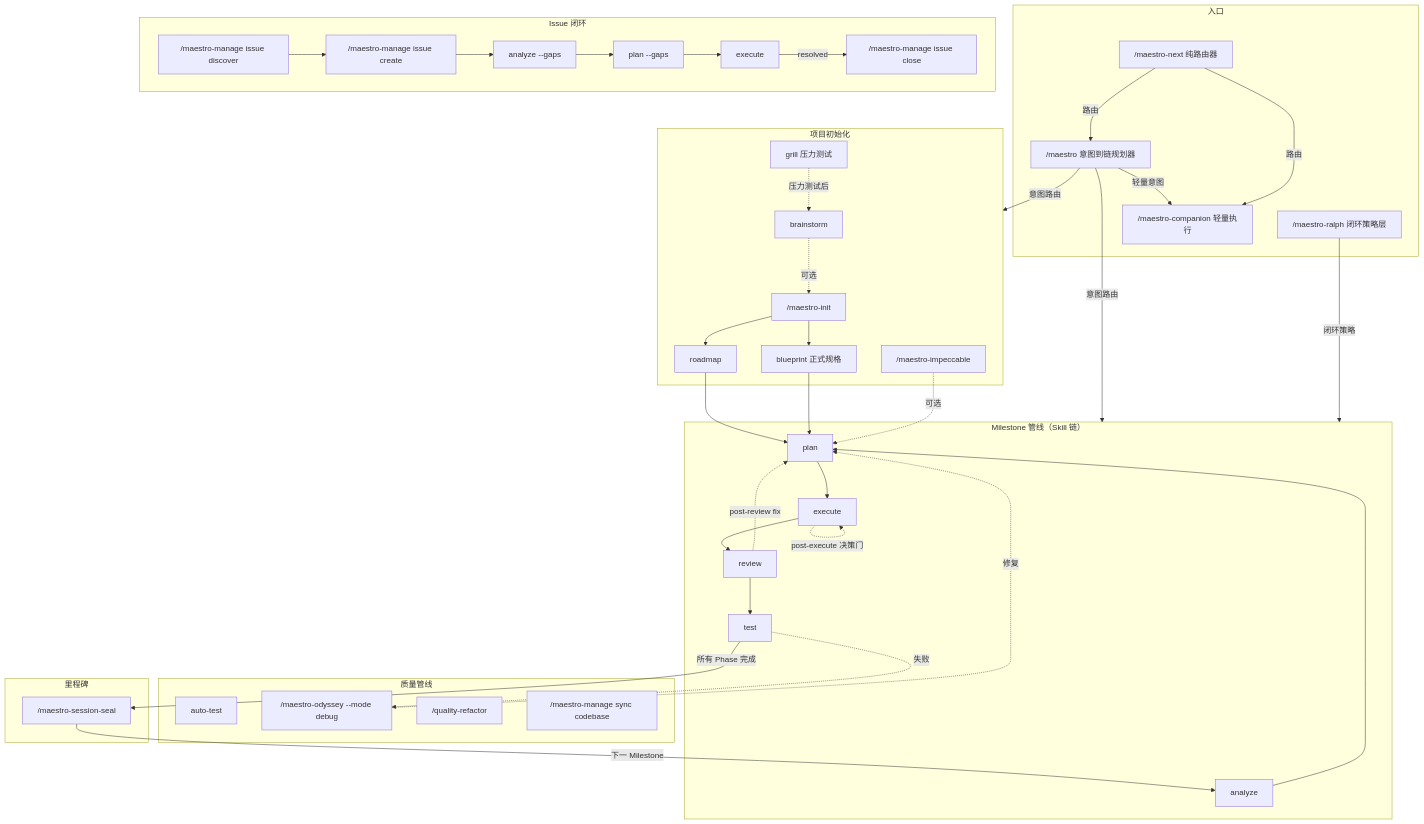
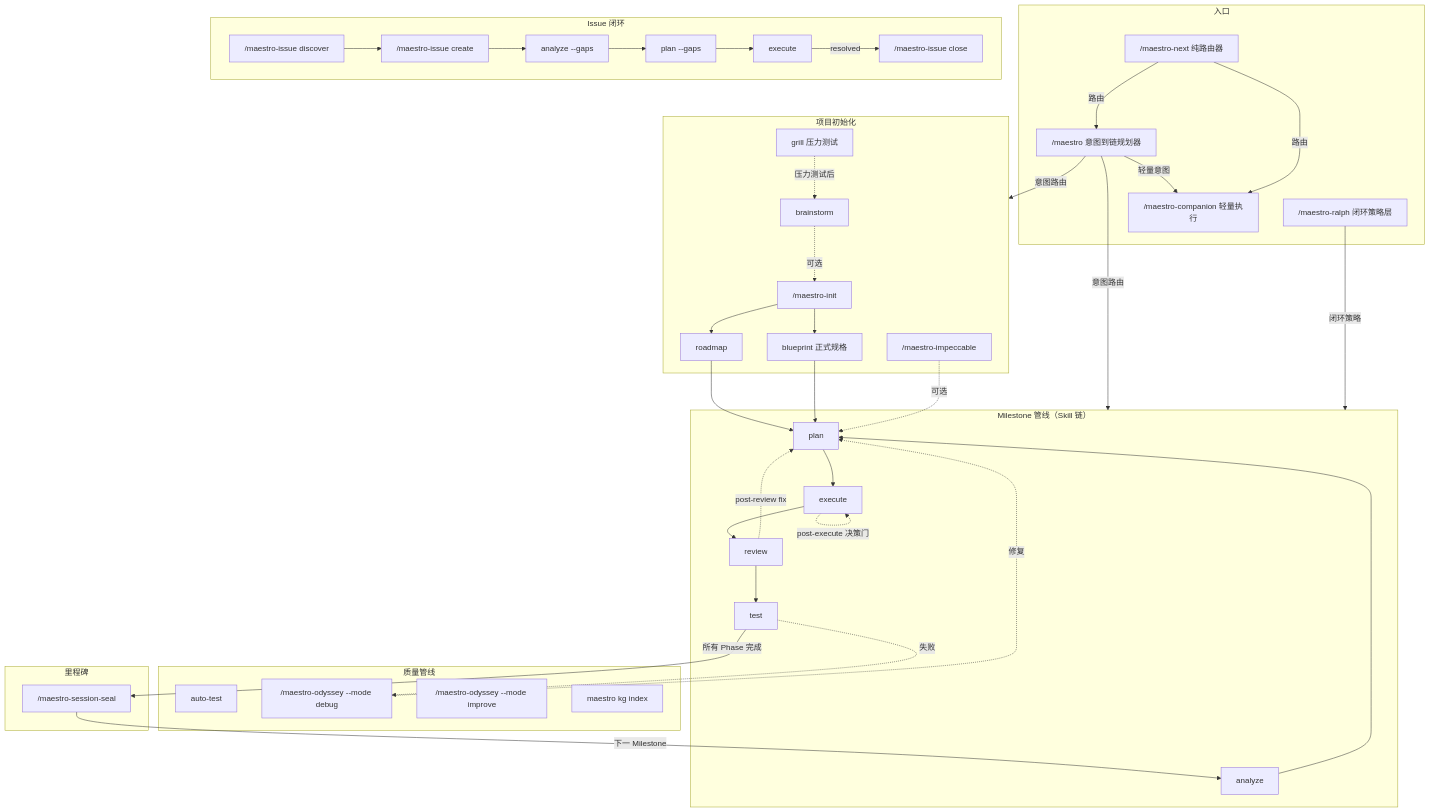
One commit to KatouRyuuji/maestro-flow changed the first of 2 diagrams in docs-site/src/content/docs/guides/command-usage-guide.md. Above: the diagram before and after it, drawn with Mermaid. The commit also changed other lines of this file and 46 other files, not shown here.

````diff
--- a/docs-site/src/content/docs/guides/command-usage-guide.md
+++ b/docs-site/src/content/docs/guides/command-usage-guide.md
@@ -29,80 +29,80 @@
 ```mermaid
 graph TB
     subgraph entry["入口"]
         M["/maestro 意图到链规划器"]
         RA["/maestro-ralph 闭环策略层"]
         NX["/maestro-next 纯路由器"]
         CP["/maestro-companion 轻量执行"]
     end
 
     subgraph init["项目初始化"]
         BS["brainstorm"]
         GR["grill 压力测试"]
         BP["blueprint 正式规格"]
         INIT["/maestro-init"]
         RM["roadmap"]
         UID["/maestro-impeccable"]
     end
 
     subgraph pipeline["Milestone 管线（Skill 链）"]
         AN["analyze"]
         PL["plan"]
         EX["execute"]
         RV["review"]
         TT["test"]
     end
 
     subgraph quality["质量管线"]
         QAT["auto-test"]
         QD["/maestro-odyssey --mode debug"]
-        QRF["/quality-refactor"]
-        QS["/maestro-manage sync codebase"]
+        QRF["/maestro-odyssey --mode improve"]
+        QS["maestro kg index"]
     end
 
     subgraph issue["Issue 闭环"]
-        ID["/maestro-manage issue discover"]
-        IC["/maestro-manage issue create"]
+        ID["/maestro-issue discover"]
+        IC["/maestro-issue create"]
         IA["analyze --gaps"]
         IP["plan --gaps"]
         IE["execute"]
-        ICL["/maestro-manage issue close"]
+        ICL["/maestro-issue close"]
     end
 
     subgraph milestone["里程碑"]
         MA["/maestro-session-seal"]
     end
 
     M -->|意图路由| init
     M -->|意图路由| pipeline
     M -->|轻量意图| CP
     RA -->|闭环策略| pipeline
     NX -->|路由| M
     NX -->|路由| CP
     GR -.->|压力测试后| BS
 
     BS -.->|可选| INIT
     INIT --> RM
     INIT --> BP
     RM --> PL
     BP --> PL
     UID -.->|可选| PL
 
     AN --> PL
     PL --> EX
     EX --> RV
     RV --> TT
     TT -->|所有 Phase 完成| MA
 
     EX -.->|"post-execute 决策门"| EX
     RV -.->|"post-review fix"| PL
     TT -.->|"失败"| QD
     QD -.->|"修复"| PL
 
     ID --> IC
     IC --> IA
     IA --> IP
     IP --> IE
     IE -->|resolved| ICL
 
     MA -->|下一 Milestone| AN
 ```
````
